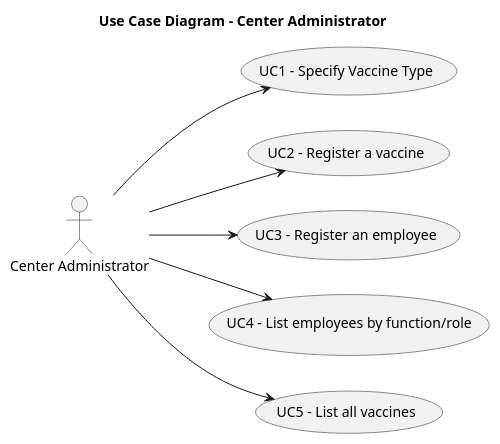
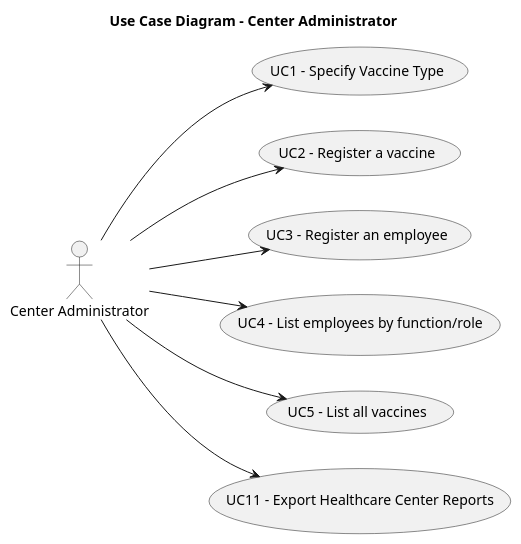
Before and after one commit to Andre-1240567/fsoft2026_1DD_1: the diagram in Documentation/global-artifacts/puml/UCD_Center_Administrator.puml, drawn with PlantUML. The commit also changed 38 other files, not shown here.

Commit message:
documentação em relacao a UC11 adicionada e fix nos ssds e sds assim como nos diagramas da pasta global artifacts

```diff
--- a/Documentation/global-artifacts/puml/UCD_Center_Administrator.puml
+++ b/Documentation/global-artifacts/puml/UCD_Center_Administrator.puml
@@ -1,20 +1,22 @@
 @startuml UCD_Administrator
 title Use Case Diagram - Center Administrator
 left to right direction
 
 actor "Center Administrator" as Admin
 
 
     usecase "UC1 - Specify Vaccine Type" as UC1
     usecase "UC2 - Register a vaccine" as UC2
     usecase "UC3 - Register an employee" as UC3
     usecase "UC4 - List employees by function/role" as UC4
     usecase "UC5 - List all vaccines" as UC5
+    usecase "UC11 - Export Healthcare Center Reports" as UC11
 
 
 Admin --> UC1
 Admin --> UC2
 Admin --> UC3
 Admin --> UC4
 Admin --> UC5
+Admin --> UC11
 @enduml
```
